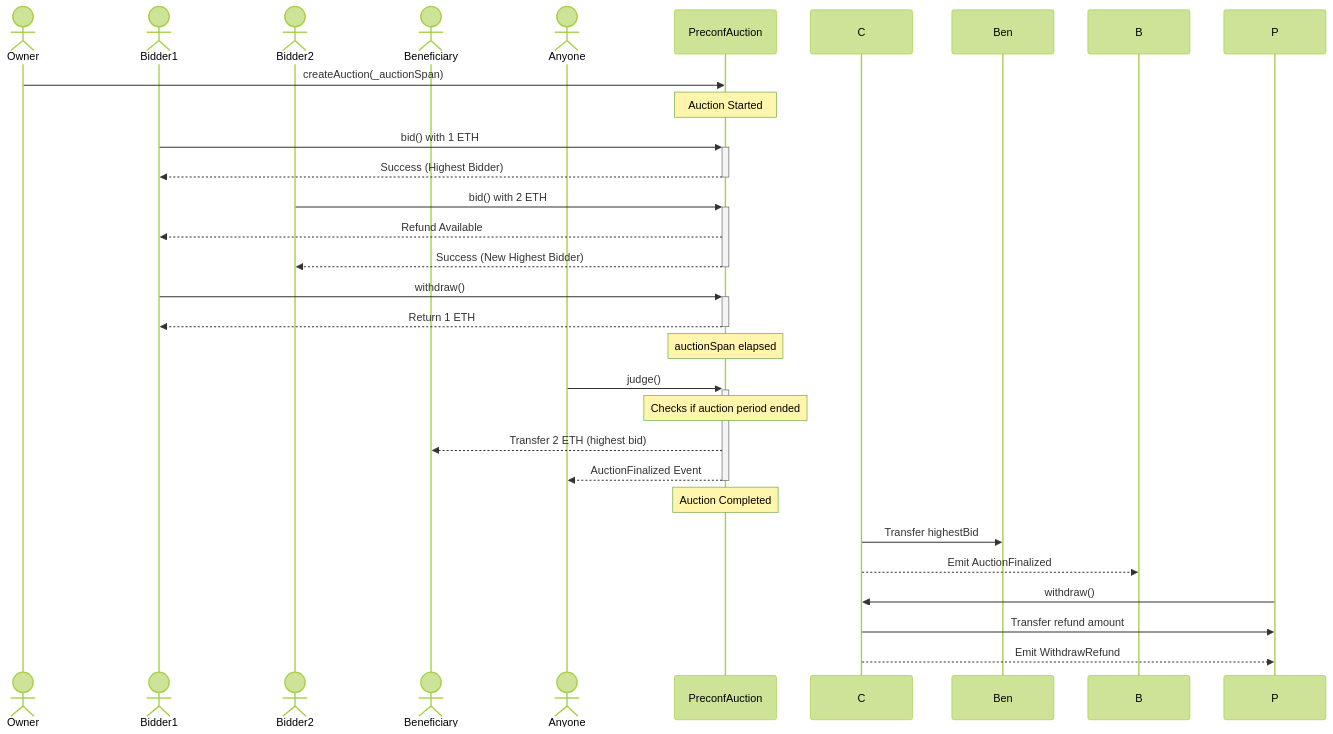
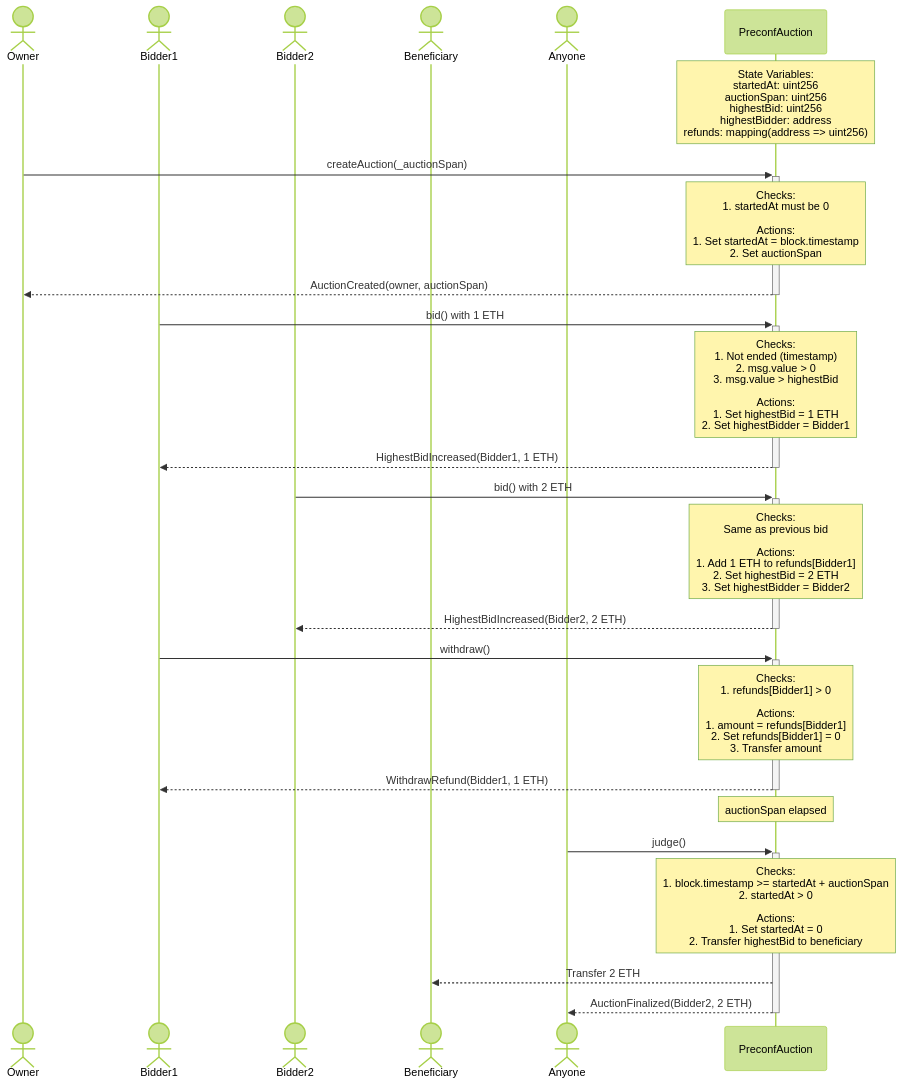
One commit to JinTanba/preconf-auction changed the diagram in README.md. Above: the diagram before and after it, drawn with Mermaid (forest theme).

Commit message:
README.md を更新

````diff
--- a/README.md
+++ b/README.md
@@ -71,37 +71,35 @@
 ```mermaid
 sequenceDiagram
     actor Owner
     actor Bidder1
     actor Bidder2
     actor Beneficiary
     actor Anyone
     participant Contract as PreconfAuction
 
-    Owner->>Contract: createAuction(_auctionSpan)
-    Note over Contract: Auction Started
+    Note over Contract: State Variables:<br/>startedAt: uint256<br/>auctionSpan: uint256<br/>highestBid: uint256<br/>highestBidder: address<br/>refunds: mapping(address => uint256)
+
+    Owner->>+Contract: createAuction(_auctionSpan)
+    Note over Contract: Checks:<br/>1. startedAt must be 0<br/><br/>Actions:<br/>1. Set startedAt = block.timestamp<br/>2. Set auctionSpan
+    Contract-->>-Owner: AuctionCreated(owner, auctionSpan)
     
     Bidder1->>+Contract: bid() with 1 ETH
-    Contract-->>-Bidder1: Success (Highest Bidder)
+    Note over Contract: Checks:<br/>1. Not ended (timestamp)<br/>2. msg.value > 0<br/>3. msg.value > highestBid<br/><br/>Actions:<br/>1. Set highestBid = 1 ETH<br/>2. Set highestBidder = Bidder1
+    Contract-->>-Bidder1: HighestBidIncreased(Bidder1, 1 ETH)
     
     Bidder2->>+Contract: bid() with 2 ETH
-    Contract-->>Bidder1: Refund Available
-    Contract-->>-Bidder2: Success (New Highest Bidder)
+    Note over Contract: Checks:<br/>Same as previous bid<br/><br/>Actions:<br/>1. Add 1 ETH to refunds[Bidder1]<br/>2. Set highestBid = 2 ETH<br/>3. Set highestBidder = Bidder2
+    Contract-->>-Bidder2: HighestBidIncreased(Bidder2, 2 ETH)
     
     Bidder1->>+Contract: withdraw()
-    Contract-->>-Bidder1: Return 1 ETH
+    Note over Contract: Checks:<br/>1. refunds[Bidder1] > 0<br/><br/>Actions:<br/>1. amount = refunds[Bidder1]<br/>2. Set refunds[Bidder1] = 0<br/>3. Transfer amount
+    Contract-->>-Bidder1: WithdrawRefund(Bidder1, 1 ETH)
     
     Note over Contract: auctionSpan elapsed
+    
+    Anyone->>+Contract: judge()
+    Note over Contract: Checks:<br/>1. block.timestamp >= startedAt + auctionSpan<br/>2. startedAt > 0<br/><br/>Actions:<br/>1. Set startedAt = 0<br/>2. Transfer highestBid to beneficiary
+    Contract-->>Beneficiary: Transfer 2 ETH
+    Contract-->>-Anyone: AuctionFinalized(Bidder2, 2 ETH)
 
-    Anyone->>+Contract: judge()
-    Note over Contract: Checks if auction period ended
-    Contract-->>Beneficiary: Transfer 2 ETH (highest bid)
-    Contract-->>-Anyone: AuctionFinalized Event
-    
-    Note over Contract: Auction Completed
- C->>Ben: Transfer highestBid
-    C-->>B: Emit AuctionFinalized
-
-    P->>C: withdraw()
-    C->>P: Transfer refund amount
-    C-->>P: Emit WithdrawRefund
 ```
````
